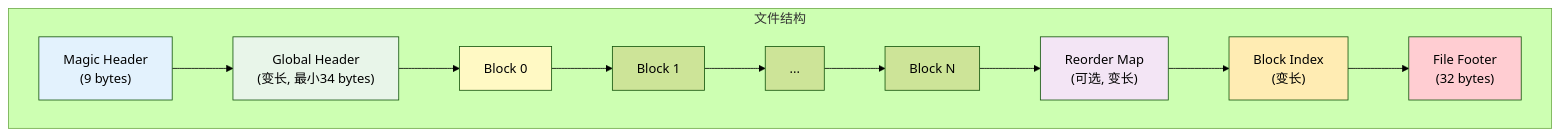
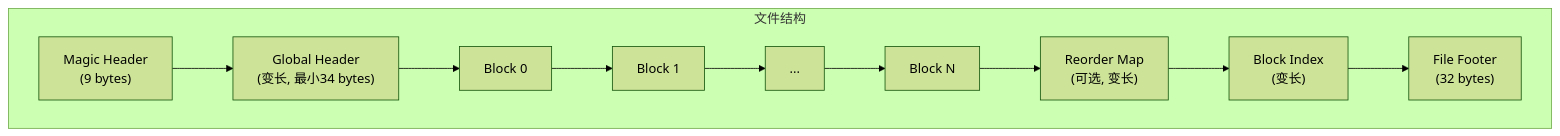
One commit to open-genomics/fq-compressor-rust changed the first of 5 diagrams in docs/zh/reference/format-spec.md. Above: the diagram before and after it, drawn with Mermaid (forest theme). The commit also changed other lines of this file and 23 other files, not shown here.

````diff
--- a/docs/zh/reference/format-spec.md
+++ b/docs/zh/reference/format-spec.md
@@ -7,23 +7,17 @@
 ```mermaid
 flowchart TD
     subgraph 文件结构
         A["Magic Header<br/>(9 bytes)"]
         B["Global Header<br/>(变长, 最小34 bytes)"]
         C["Block 0"]
         D["Block 1"]
         E["..."]
         F["Block N"]
         G["Reorder Map<br/>(可选, 变长)"]
         H["Block Index<br/>(变长)"]
         I["File Footer<br/>(32 bytes)"]
     end
     
     A --> B --> C --> D --> E --> F --> G --> H --> I
     
-    style A fill:#E3F2FD
-    style B fill:#E8F5E9
-    style C fill:#FFF9C4
-    style G fill:#F3E5F5
-    style H fill:#FFECB3
-    style I fill:#FFCDD2
 ```
````
